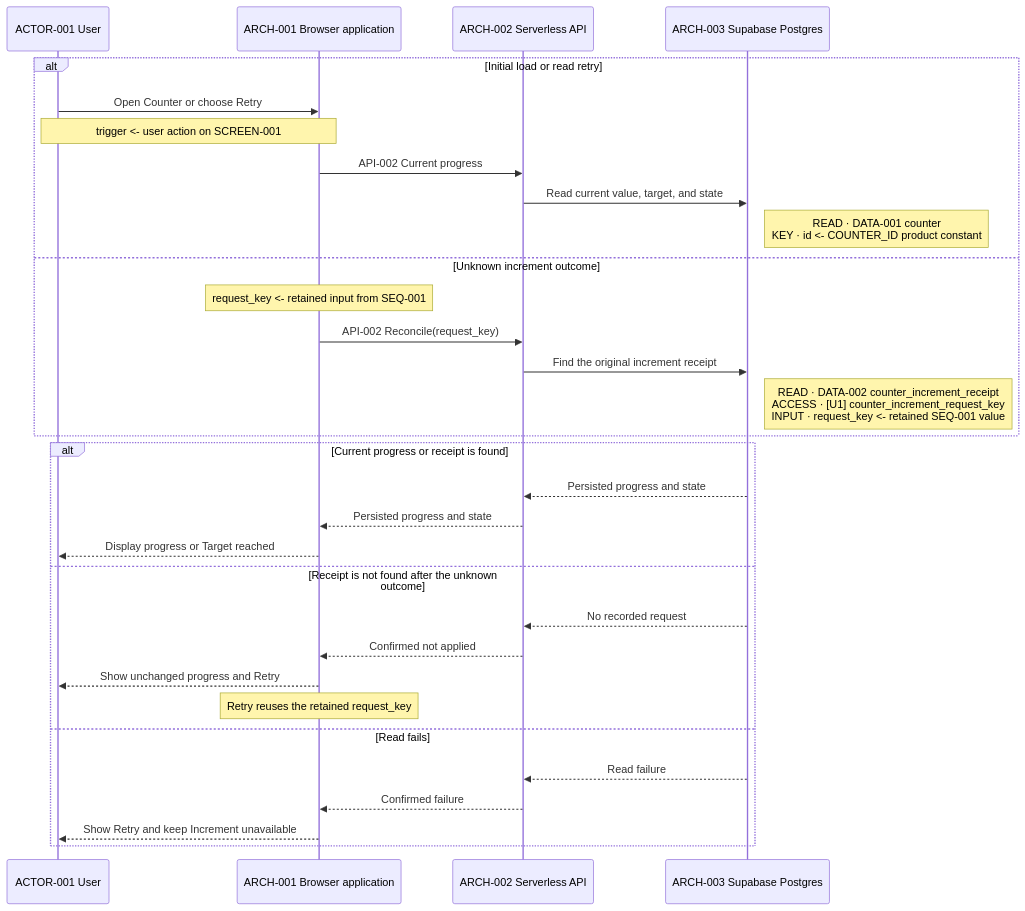
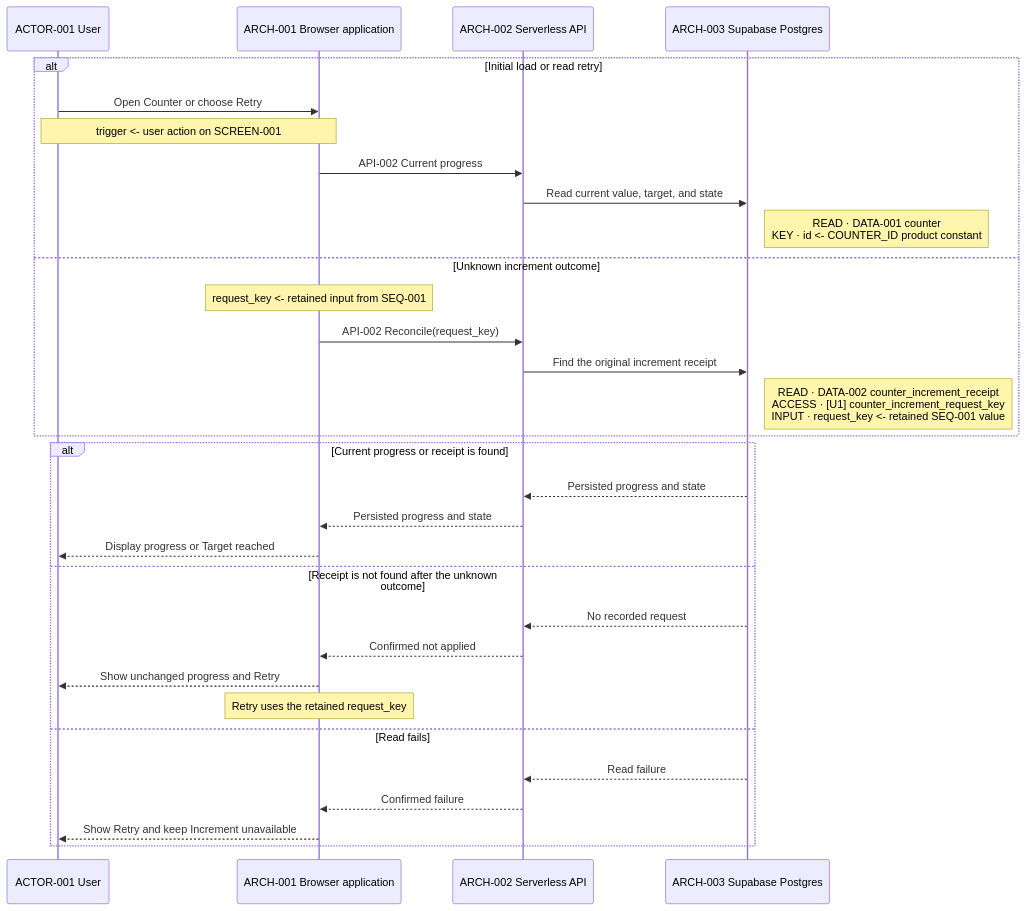
Before and after one commit to swabbie-dev/product-intent-package: the second of 2 diagrams in skills/product-intent-manager/assets/example-product-intent-package/sequences/sequences.md, drawn with Mermaid. The commit also changed other lines of this file and 8 other files, not shown here.

````diff
--- a/skills/product-intent-manager/assets/example-product-intent-package/sequences/sequences.md
+++ b/skills/product-intent-manager/assets/example-product-intent-package/sequences/sequences.md
@@ -78,34 +78,34 @@
 ```mermaid
 sequenceDiagram
   participant U as ACTOR-001 User
   participant B as ARCH-001 Browser application
   participant S as ARCH-002 Serverless API
   participant D as ARCH-003 Supabase Postgres
 
   alt Initial load or read retry
     U->>B: Open Counter or choose Retry
     Note over U,B: trigger <- user action on SCREEN-001
     B->>S: API-002 Current progress
     S->>D: Read current value, target, and state
     Note right of D: READ · DATA-001 counter<br/>KEY · id <- COUNTER_ID product constant
   else Unknown increment outcome
     Note over B: request_key <- retained input from SEQ-001
     B->>S: API-002 Reconcile(request_key)
     S->>D: Find the original increment receipt
     Note right of D: READ · DATA-002 counter_increment_receipt<br/>ACCESS · [U1] counter_increment_request_key<br/>INPUT · request_key <- retained SEQ-001 value
   end
   alt Current progress or receipt is found
     D-->>S: Persisted progress and state
     S-->>B: Persisted progress and state
     B-->>U: Display progress or Target reached
   else Receipt is not found after the unknown outcome
     D-->>S: No recorded request
     S-->>B: Confirmed not applied
     B-->>U: Show unchanged progress and Retry
-    Note over B: Retry reuses the retained request_key
+    Note over B: Retry uses the retained request_key
   else Read fails
     D-->>S: Read failure
     S-->>B: Confirmed failure
     B-->>U: Show Retry and keep Increment unavailable
   end
 ```
````
